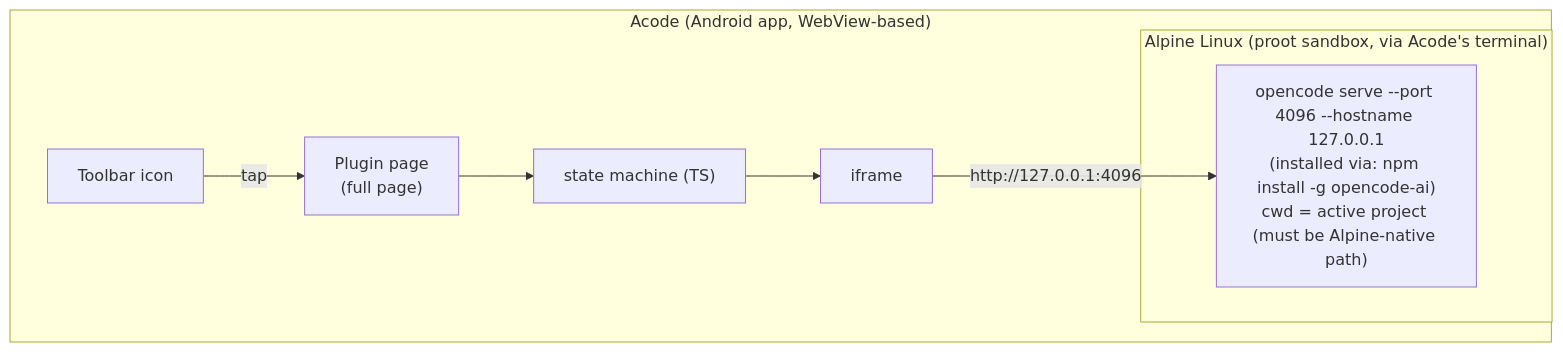
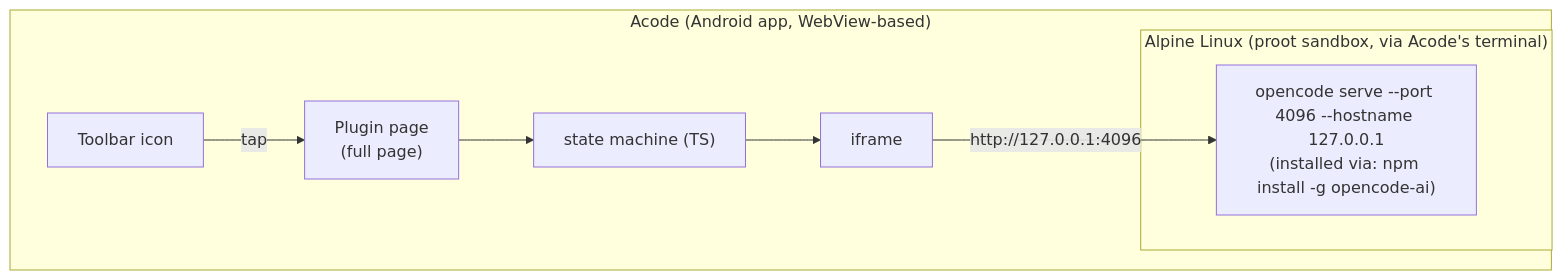
Before and after one commit to Victozee26/acode-opencode: the first of 2 diagrams in SPEC.md, drawn with Mermaid. The commit also changed other lines of this file and 11 other files, not shown here.

First line of the commit message:
fix: remove assumption that opencode serve targets a single project directory

````diff
--- a/SPEC.md
+++ b/SPEC.md
@@ -16,15 +16,15 @@
 ```mermaid
 graph TB
     subgraph acode["Acode (Android app, WebView-based)"]
         icon["Toolbar icon"]
         page["Plugin page<br/>(full page)"]
         sm["state machine (TS)"]
         iframe["iframe"]
         subgraph alpine["Alpine Linux (proot sandbox, via Acode's terminal)"]
-            server["opencode serve --port 4096 --hostname 127.0.0.1<br/>(installed via: npm install -g opencode-ai)<br/>cwd = active project (must be Alpine-native path)"]
+            server["opencode serve --port 4096 --hostname 127.0.0.1<br/>(installed via: npm install -g opencode-ai)"]
         end
     end
     icon -- "tap" --> page
     page --> sm --> iframe
     iframe -- "http://127.0.0.1:4096" --> server
 ```
````
